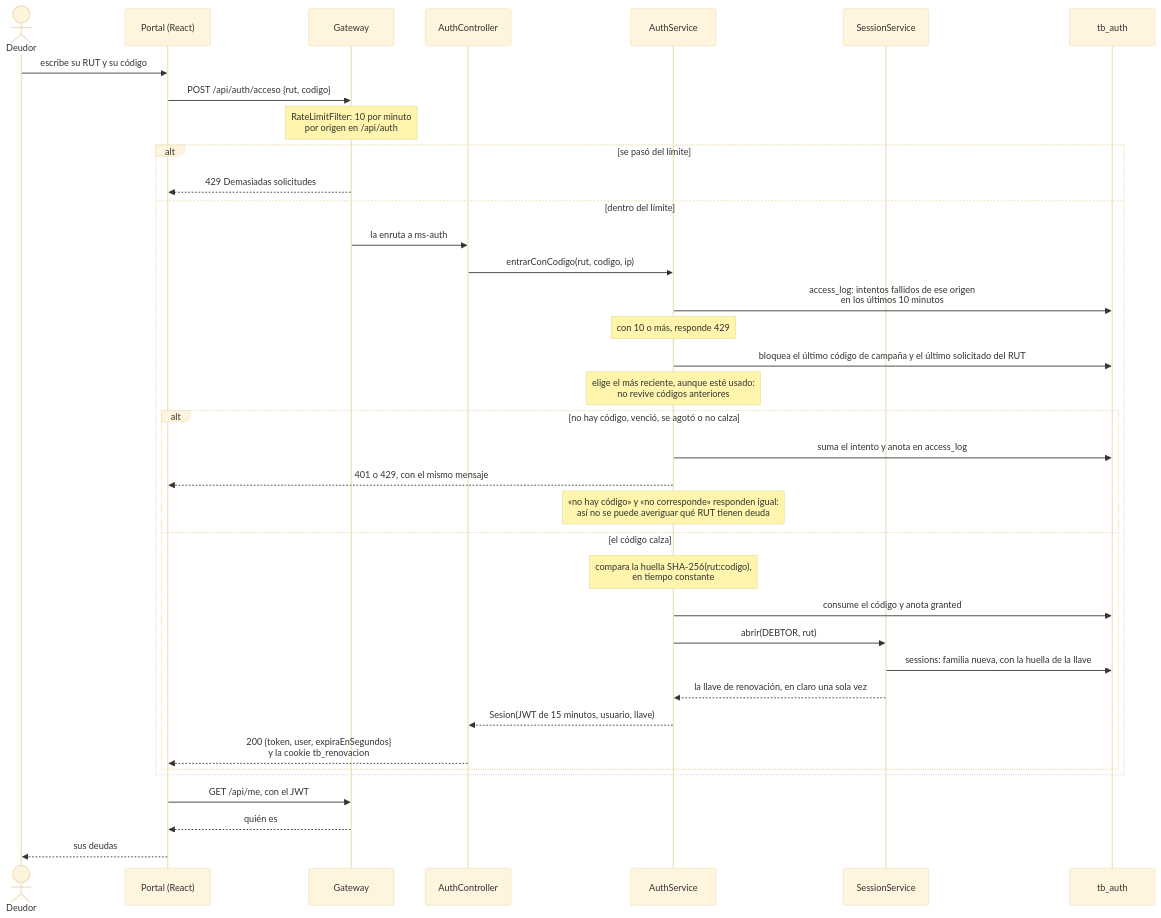
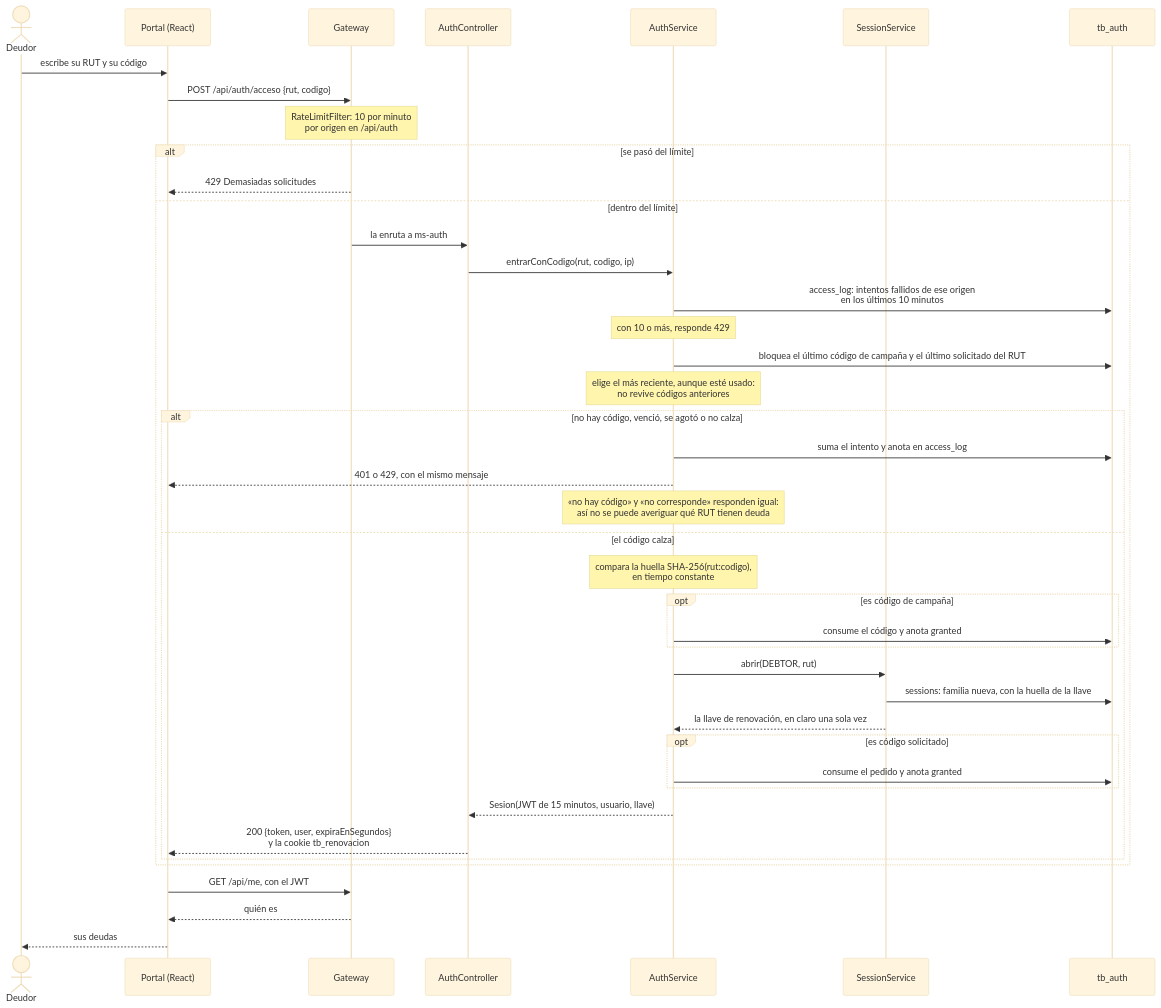
Before and after one commit to TechnicalBridge/DataBridge: the first of 16 diagrams in docs/diagramas/secuencia.md, drawn with Mermaid (base theme). The commit also changed other lines of this file and 4 other files, not shown here.

````diff
--- a/docs/diagramas/secuencia.md
+++ b/docs/diagramas/secuencia.md
@@ -44,40 +44,45 @@
 ```mermaid
 sequenceDiagram
     actor D as Deudor
     participant P as Portal (React)
     participant G as Gateway
     participant AC as AuthController
     participant AS as AuthService
     participant SS as SessionService
     participant B as tb_auth
 
     D->>P: escribe su RUT y su código
     P->>G: POST /api/auth/acceso {rut, codigo}
     Note over G: RateLimitFilter: 10 por minuto<br/>por origen en /api/auth
     alt se pasó del límite
         G-->>P: 429 Demasiadas solicitudes
     else dentro del límite
         G->>AC: la enruta a ms-auth
         AC->>AS: entrarConCodigo(rut, codigo, ip)
         AS->>B: access_log: intentos fallidos de ese origen<br/>en los últimos 10 minutos
         Note over AS: con 10 o más, responde 429
         AS->>B: bloquea el último código de campaña y el último solicitado del RUT
         Note over AS: elige el más reciente, aunque esté usado:<br/>no revive códigos anteriores
         alt no hay código, venció, se agotó o no calza
             AS->>B: suma el intento y anota en access_log
             AS-->>P: 401 o 429, con el mismo mensaje
             Note over AS: «no hay código» y «no corresponde» responden igual:<br/>así no se puede averiguar qué RUT tienen deuda
         else el código calza
             Note over AS: compara la huella SHA-256(rut:codigo),<br/>en tiempo constante
-            AS->>B: consume el código y anota granted
+            opt es código de campaña
+                AS->>B: consume el código y anota granted
+            end
             AS->>SS: abrir(DEBTOR, rut)
             SS->>B: sessions: familia nueva, con la huella de la llave
             SS-->>AS: la llave de renovación, en claro una sola vez
+            opt es código solicitado
+                AS->>B: consume el pedido y anota granted
+            end
             AS-->>AC: Sesion(JWT de 15 minutos, usuario, llave)
             AC-->>P: 200 {token, user, expiraEnSegundos}<br/>y la cookie tb_renovacion
         end
     end
     P->>G: GET /api/me, con el JWT
     G-->>P: quién es
     P-->>D: sus deudas
 ```
````
